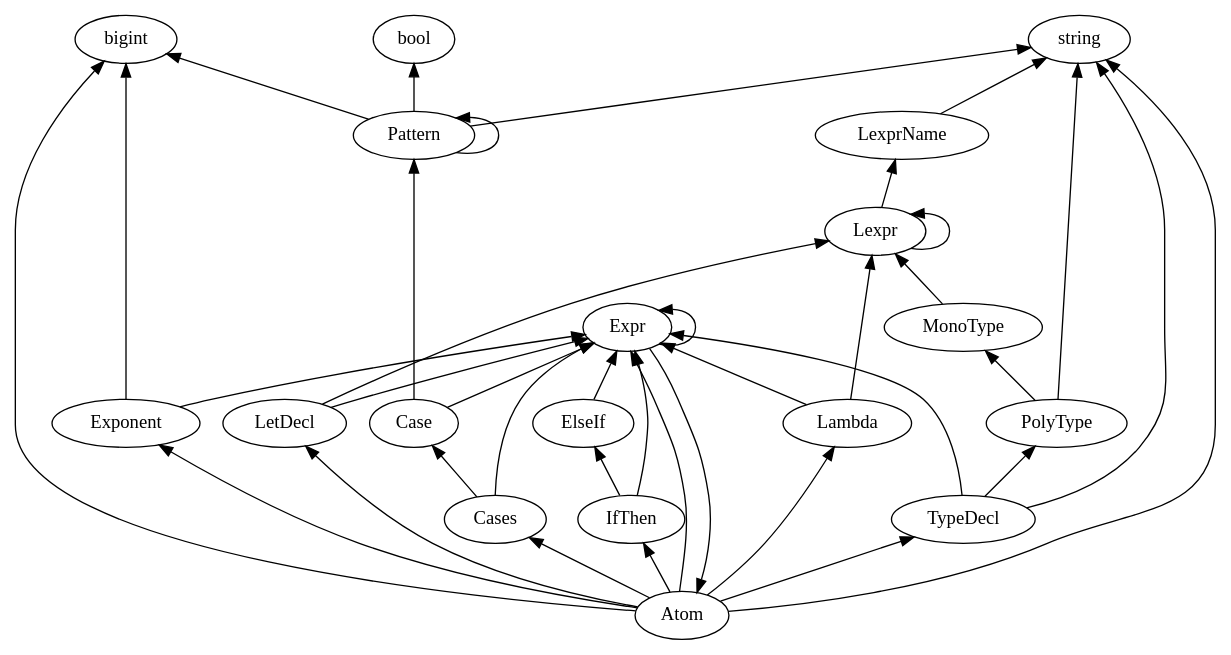
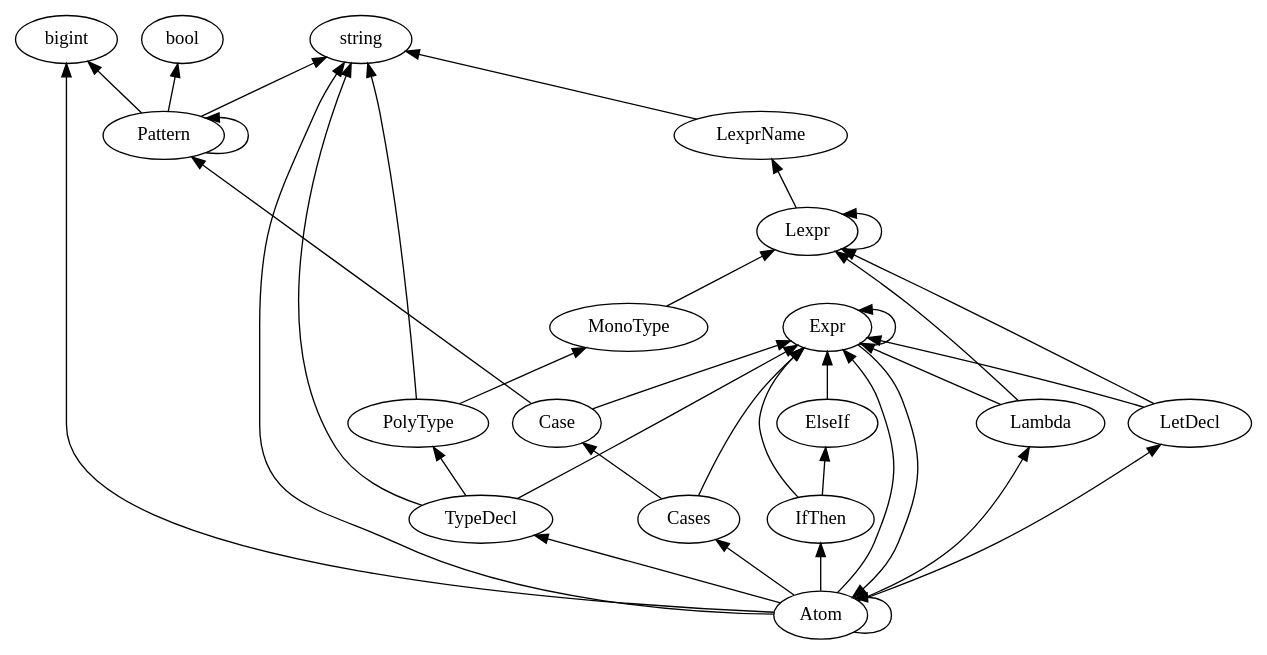
Before and after one commit to plutoscarab/Arafel: the diagram in generated/productions.dot, drawn with Graphviz. The commit also changed 9 other files, not shown here.

```diff
--- a/generated/productions.dot
+++ b/generated/productions.dot
@@ -1,41 +1,39 @@
 digraph G {
     rankdir="BT"
     { rank=same; bool; bigint; string; }
-    Atom -> Exponent
+    Atom -> Atom
     Atom -> bigint
     Atom -> string
     Atom -> Lambda
     Atom -> Expr
     Atom -> Cases
     Atom -> IfThen
     Atom -> LetDecl
     Atom -> TypeDecl
     Case -> Pattern
     Case -> Expr
     Cases -> Expr
     Cases -> Case
     ElseIf -> Expr
-    Exponent -> Expr
-    Exponent -> bigint
     Expr -> Atom
     Expr -> Expr
     IfThen -> Expr
     IfThen -> ElseIf
     Lambda -> Lexpr
     Lambda -> Expr
     LetDecl -> Lexpr
     LetDecl -> Expr
     Lexpr -> LexprName
     Lexpr -> Lexpr
     LexprName -> string
     MonoType -> Lexpr
     Pattern -> string
     Pattern -> Pattern
     Pattern -> bigint
     Pattern -> bool
     PolyType -> string
     PolyType -> MonoType
     TypeDecl -> string
     TypeDecl -> PolyType
     TypeDecl -> Expr
 }
```
